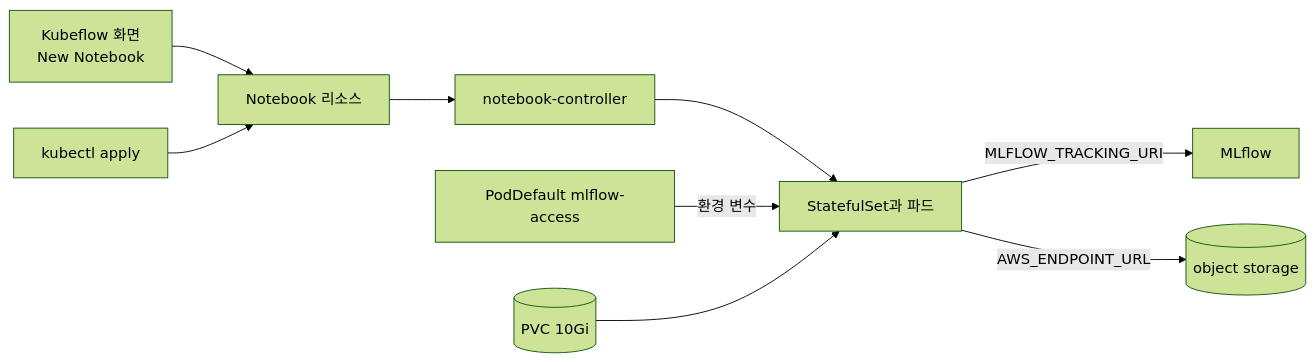
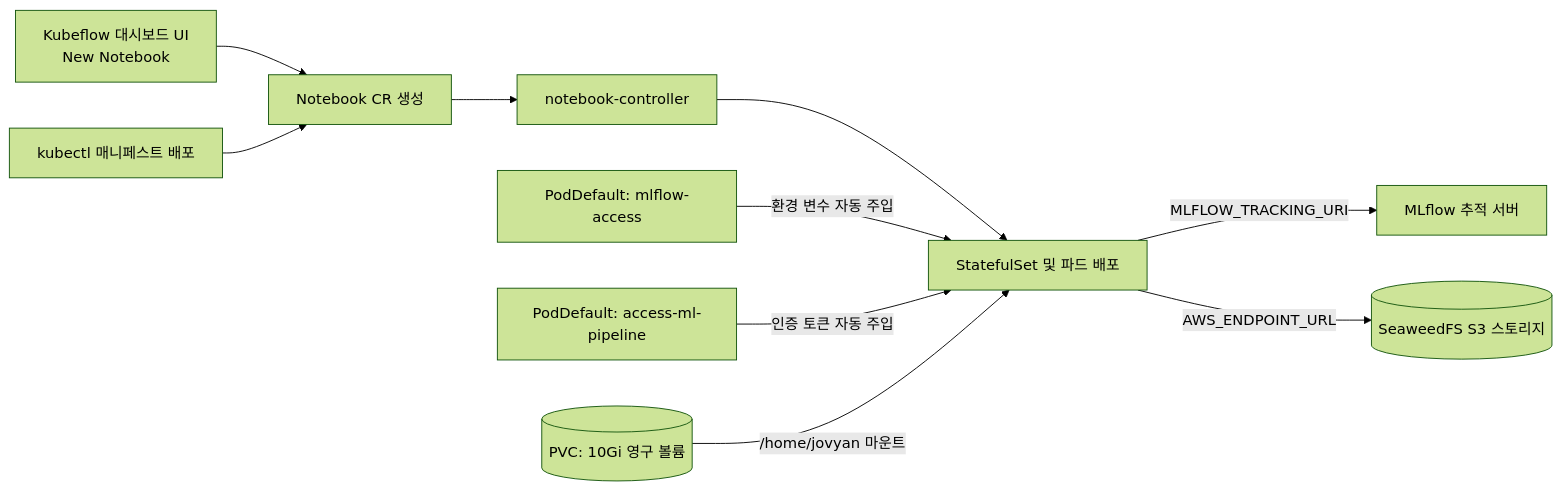
The diagram in mlops/ml-platform-engineering-part2/docs/8-lab1-kubeflow-notebook.md (choisungwook/portfolio), drawn with Mermaid (forest theme) before and after one commit. The commit also changed other lines of this file and 16 other files, not shown here.

````diff
--- a/mlops/ml-platform-engineering-part2/docs/8-lab1-kubeflow-notebook.md
+++ b/mlops/ml-platform-engineering-part2/docs/8-lab1-kubeflow-notebook.md
@@ -27,11 +35,12 @@
 ```mermaid
 flowchart LR
-  UI[Kubeflow 화면<br/>New Notebook] --> NB[Notebook 리소스]
-  CLI[kubectl apply] --> NB
+  UI[Kubeflow 대시보드 UI<br/>New Notebook] --> NB[Notebook CR 생성]
+  CLI[kubectl 매니페스트 배포] --> NB
   NB --> Ctrl[notebook-controller]
-  Ctrl --> STS[StatefulSet과 파드]
-  PD[PodDefault mlflow-access] -->|환경 변수| STS
-  PVC[(PVC 10Gi)] --> STS
-  STS -->|MLFLOW_TRACKING_URI| MLflow
-  STS -->|AWS_ENDPOINT_URL| S3[(object storage)]
+  Ctrl --> STS[StatefulSet 및 파드 배포]
+  PD1[PodDefault: mlflow-access] -->|환경 변수 자동 주입| STS
+  PD2[PodDefault: access-ml-pipeline] -->|인증 토큰 자동 주입| STS
+  PVC[(PVC: 10Gi 영구 볼륨)] -->|/home/jovyan 마운트| STS
+  STS -->|MLFLOW_TRACKING_URI| MLflow[MLflow 추적 서버]
+  STS -->|AWS_ENDPOINT_URL| S3[(SeaweedFS S3 스토리지)]
 ```
````
